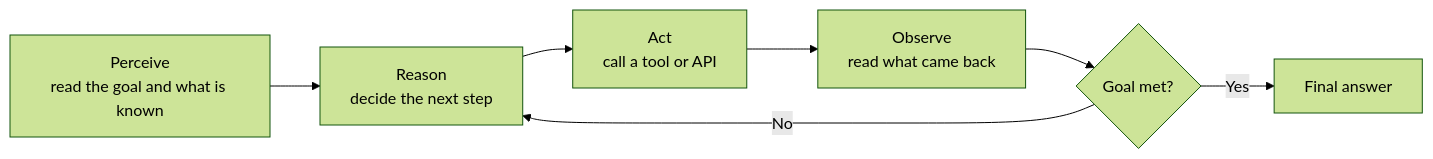
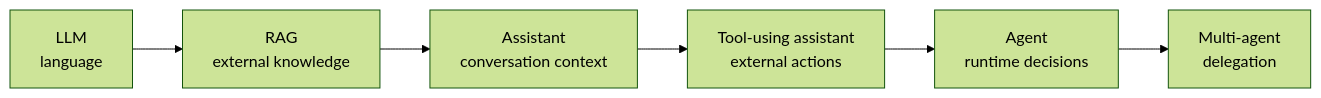
The first of 2 diagrams in content/genai/module-4-multimodal-agentic/agentic-systems/01-module-4-agentic-roadmap.md (satishify/BackBenchLearner), drawn with Mermaid (forest theme) before and after one commit. The commit also changed other lines of this file and 199 other files, not shown here.

````diff
--- a/content/genai/module-4-multimodal-agentic/agentic-systems/01-module-4-agentic-roadmap.md
+++ b/content/genai/module-4-multimodal-agentic/agentic-systems/01-module-4-agentic-roadmap.md
@@ -30,9 +37,8 @@
 ```mermaid
 flowchart LR
-    P[Perceive<br/>read the goal and what is known] --> R[Reason<br/>decide the next step]
-    R --> A[Act<br/>call a tool or API]
-    A --> O[Observe<br/>read what came back]
-    O --> D{Goal met?}
-    D -->|No| R
-    D -->|Yes| F[Final answer]
+    L[LLM<br/>language] --> R[RAG<br/>external knowledge]
+    R --> A[Assistant<br/>conversation context]
+    A --> T[Tool-using assistant<br/>external actions]
+    T --> G[Agent<br/>runtime decisions]
+    G --> M[Multi-agent<br/>delegation]
 ```
````
